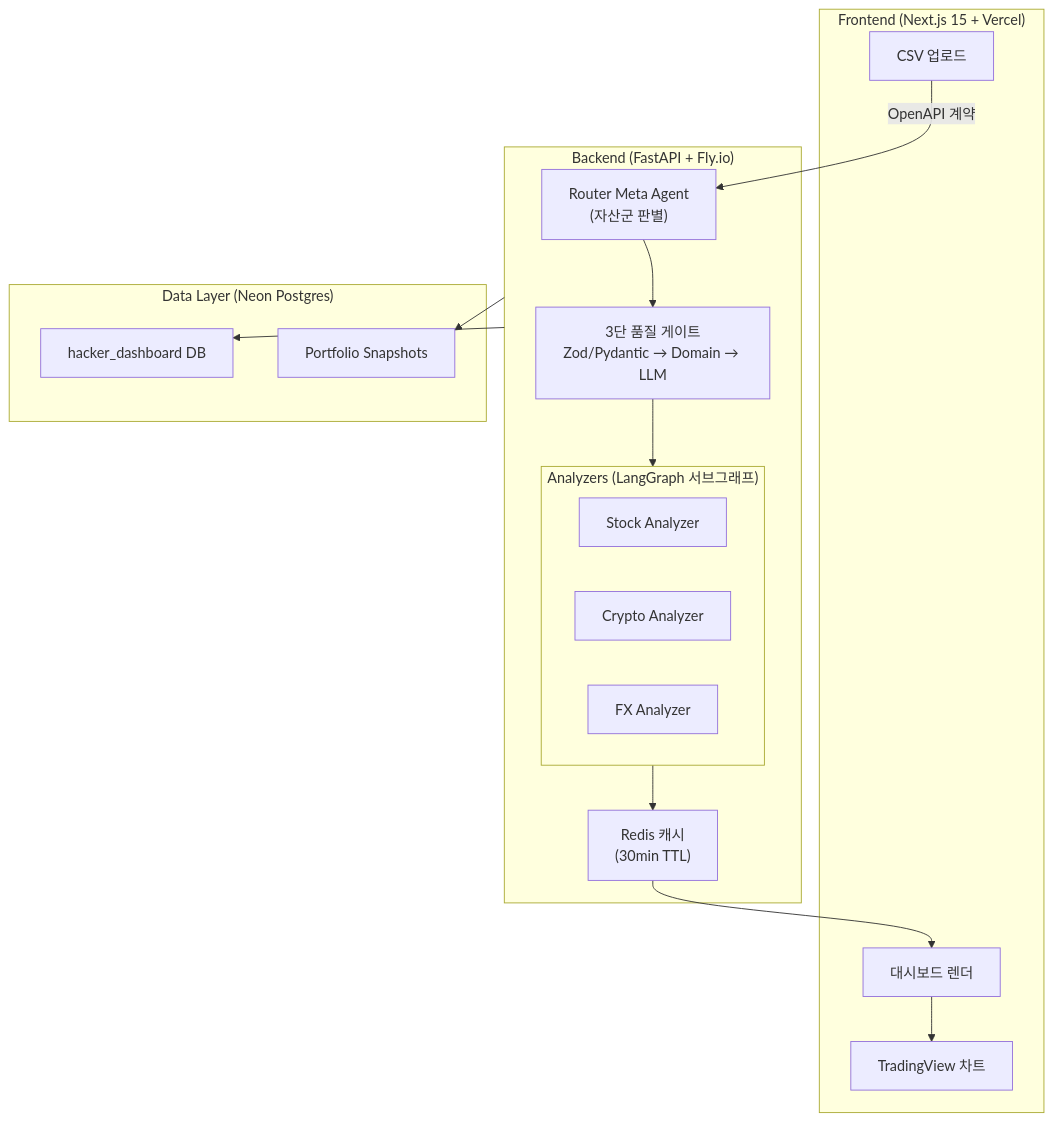
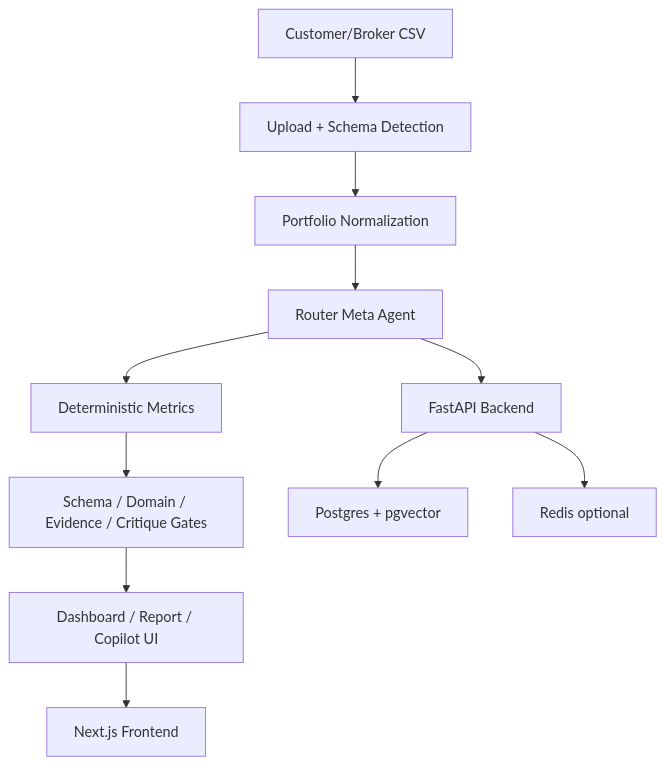
The diagram in README.md (pentacon-dashboard/hacker-dashboard), drawn with Mermaid before and after one commit. The commit also changed other lines of this file, not shown here.

````diff
--- a/README.md
+++ b/README.md
@@ -14,33 +53,14 @@
 ```mermaid
 graph TB
-    subgraph FE["Frontend (Next.js 15 + Vercel)"]
-        Upload["CSV 업로드"]
-        Dashboard["대시보드 렌더"]
-        Charts["TradingView 차트"]
-    end
+    CSV["Customer/Broker CSV"] --> Upload["Upload + Schema Detection"]
+    Upload --> Normalize["Portfolio Normalization"]
+    Normalize --> Router["Router Meta Agent"]
+    Router --> Metrics["Deterministic Metrics"]
+    Metrics --> Gates["Schema / Domain / Evidence / Critique Gates"]
+    Gates --> UI["Dashboard / Report / Copilot UI"]
 
-    subgraph BE["Backend (FastAPI + Fly.io)"]
-        Router["Router Meta Agent\n(자산군 판별)"]
-        Gate["3단 품질 게이트\nZod/Pydantic → Domain → LLM"]
-        subgraph Analyzers["Analyzers (LangGraph 서브그래프)"]
-            StockA["Stock Analyzer"]
-            CryptoA["Crypto Analyzer"]
-            FxA["FX Analyzer"]
-        end
-        Cache["Redis 캐시\n(30min TTL)"]
-    end
-
-    subgraph Data["Data Layer (Neon Postgres)"]
-        DB["hacker_dashboard DB"]
-        Snap["Portfolio Snapshots"]
-    end
-
-    Upload -->|"OpenAPI 계약"| Router
-    Router --> Gate
-    Gate --> Analyzers
-    Analyzers --> Cache
-    Cache --> Dashboard
-    Dashboard --> Charts
-    BE --> DB
-    BE --> Snap
+    UI --> FE["Next.js Frontend"]
+    Router --> BE["FastAPI Backend"]
+    BE --> DB["Postgres + pgvector"]
+    BE --> Cache["Redis optional"]
 ```
````
